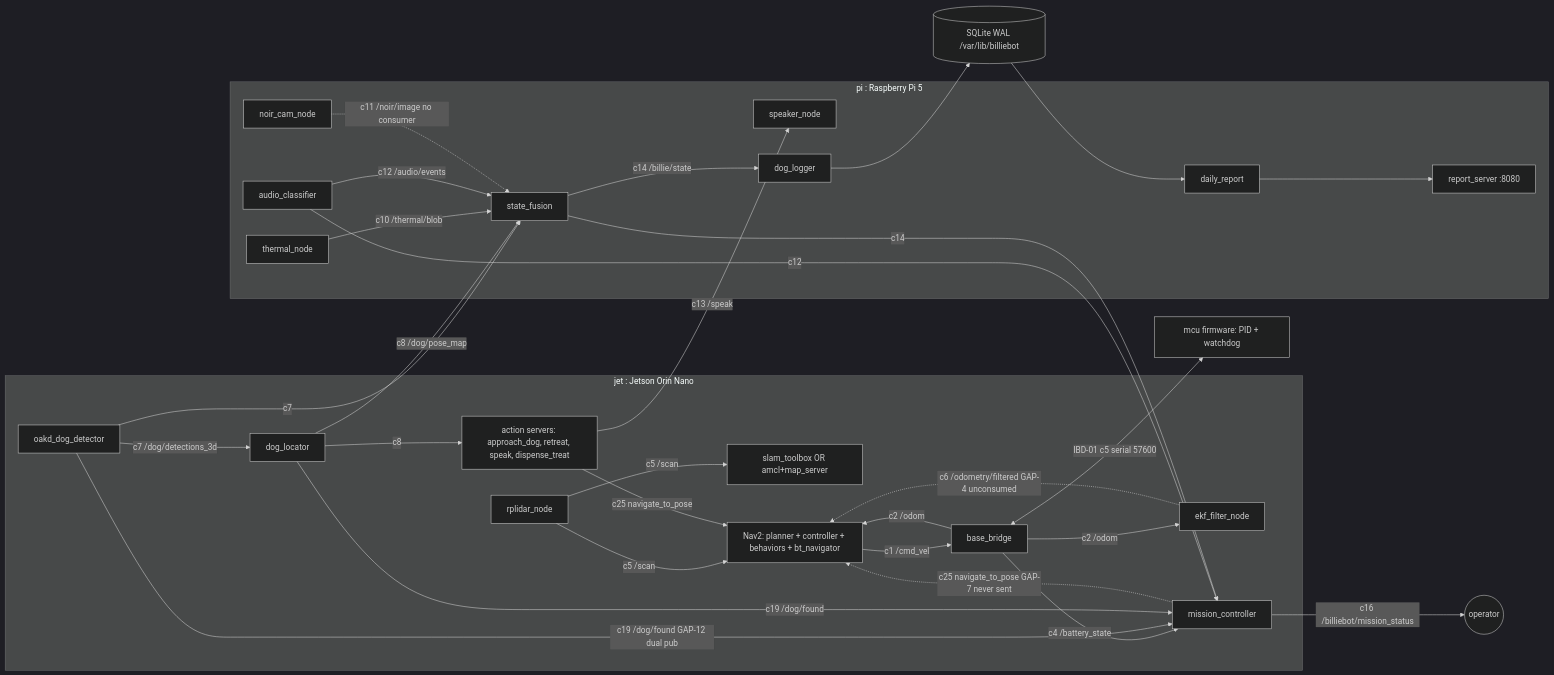
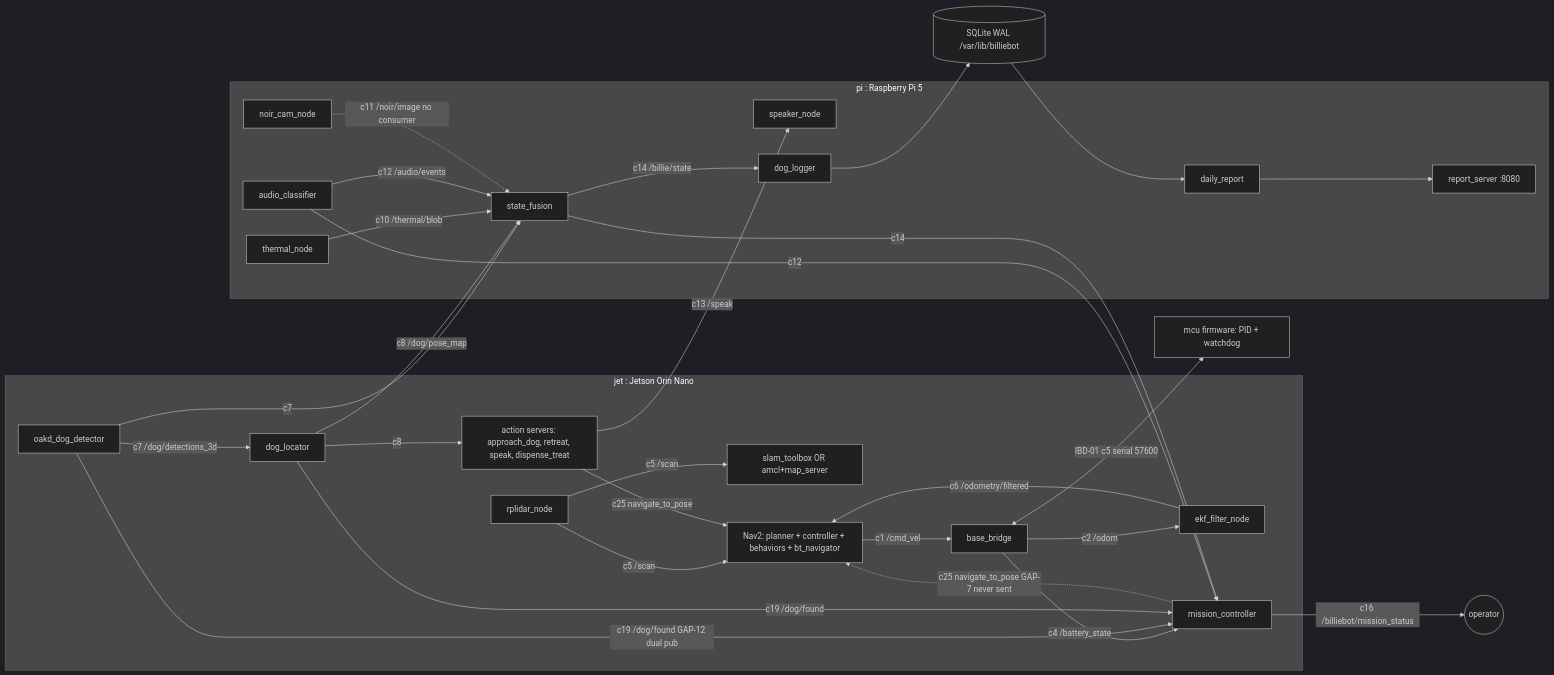
Before and after one commit to sean-mackenzie/billie-bot-claude: the fourth of 14 diagrams in docs/md/MBSE_SYSTEM_DECOMPOSITION.md, drawn with Mermaid (dark theme). The commit also changed other lines of this file and 3 other files, not shown here.

First line of the commit message:
Resolve GAP-4: Nav2 consumes /odometry/filtered instead of raw /odom

````diff
--- a/docs/md/MBSE_SYSTEM_DECOMPOSITION.md
+++ b/docs/md/MBSE_SYSTEM_DECOMPOSITION.md
@@ -584,52 +584,51 @@
 ```mermaid
 flowchart LR
     subgraph JET["jet : Jetson Orin Nano"]
         RPL["rplidar_node"]
         BB["base_bridge"]
         EKF["ekf_filter_node"]
         LOC["slam_toolbox OR amcl+map_server"]
         NAV2["Nav2: planner + controller + behaviors + bt_navigator"]
         OAKD["oakd_dog_detector"]
         DL["dog_locator"]
         MC["mission_controller"]
         AS["action servers: approach_dog, retreat, speak, dispense_treat"]
     end
     subgraph PI["pi : Raspberry Pi 5"]
         TH["thermal_node"]
         NC["noir_cam_node"]
         AC["audio_classifier"]
         SPK["speaker_node"]
         SF["state_fusion"]
         LOG["dog_logger"]
         RPTG["daily_report"]
         WEB["report_server :8080"]
     end
     MCUX["mcu firmware: PID + watchdog"]
 
     RPL -- "c5 /scan" --> LOC
     RPL -- "c5 /scan" --> NAV2
     BB -- "c2 /odom" --> EKF
-    BB -- "c2 /odom" --> NAV2
-    EKF -. "c6 /odometry/filtered GAP-4 unconsumed" .-> NAV2
+    EKF -- "c6 /odometry/filtered" --> NAV2
     BB -- "c4 /battery_state" --> MC
     NAV2 -- "c1 /cmd_vel" --> BB
     BB <-- "IBD-01 c5 serial 57600" --> MCUX
     OAKD -- "c7 /dog/detections_3d" --> DL
     OAKD -- "c7" --> SF
     DL -- "c8 /dog/pose_map" --> SF
     DL -- "c8" --> AS
     OAKD -- "c19 /dog/found GAP-12 dual pub" --> MC
     DL -- "c19 /dog/found" --> MC
     TH -- "c10 /thermal/blob" --> SF
     AC -- "c12 /audio/events" --> SF
     AC -- "c12" --> MC
     SF -- "c14 /billie/state" --> LOG
     SF -- "c14" --> MC
     MC -- "c16 /billiebot/mission_status" --> OPER(("operator"))
     MC -. "c25 navigate_to_pose GAP-7 never sent" .-> NAV2
     AS -- "c25 navigate_to_pose" --> NAV2
     AS -- "c13 /speak" --> SPK
     LOG --> DB[("SQLite WAL /var/lib/billiebot")]
     DB --> RPTG --> WEB
     NC -. "c11 /noir/image no consumer" .-> SF
 ```
````
